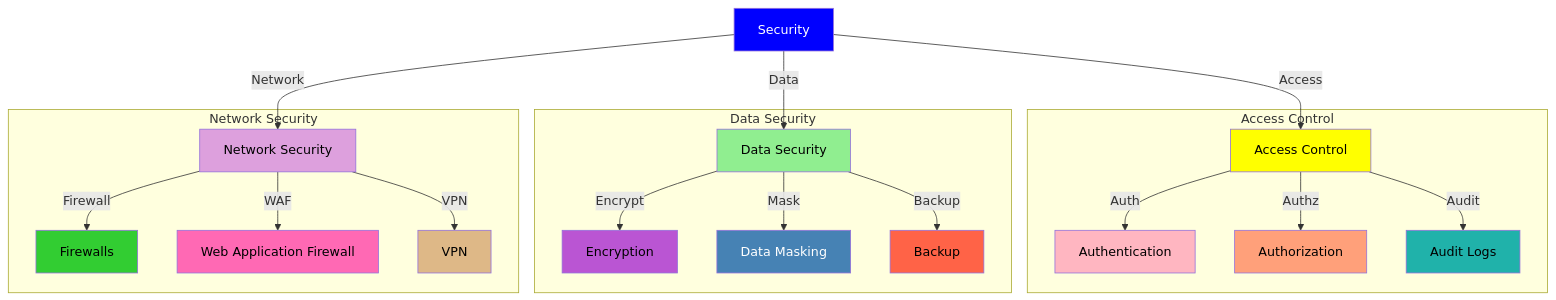
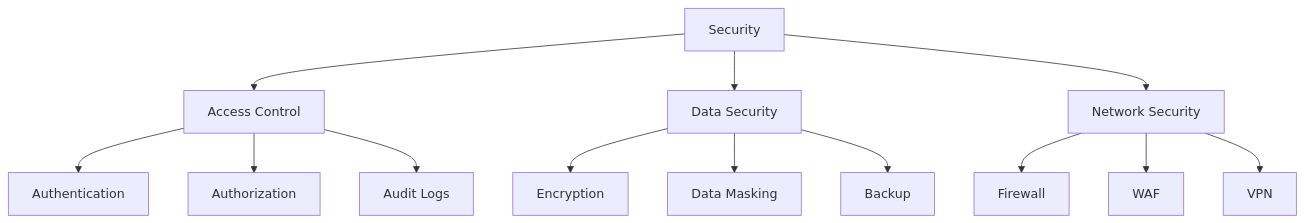
Before and after one commit to MEMEFANS/memefans: the sixth of 6 diagrams in docs/whitepaper/technical-architecture.md, drawn with Mermaid. The commit also changed other lines of this file and 1 other file, not shown here.

Commit message:
fix: optimize mermaid flowcharts format and rendering

````diff
--- a/docs/whitepaper/technical-architecture.md
+++ b/docs/whitepaper/technical-architecture.md
@@ -362,38 +187,18 @@
-<div class="mermaid">
+```mermaid
 graph TD
-    A[Security] -->|Access| B[Access Control]
-    A -->|Data| C[Data Security]
-    A -->|Network| D[Network Security]
+    A[Security] --> B[Access Control]
+    A --> C[Data Security]
+    A --> D[Network Security]
     
-    subgraph Access Control
-    B -->|Auth| E[Authentication]
-    B -->|Authz| F[Authorization]
-    B -->|Audit| G[Audit Logs]
-    end
+    B --> B1[Authentication]
+    B --> B2[Authorization]
+    B --> B3[Audit Logs]
     
-    subgraph Data Security
-    C -->|Encrypt| H[Encryption]
-    C -->|Mask| I[Data Masking]
-    C -->|Backup| J[Backup]
-    end
+    C --> C1[Encryption]
+    C --> C2[Data Masking]
+    C --> C3[Backup]
     
-    subgraph Network Security
-    D -->|Firewall| K[Firewalls]
-    D -->|WAF| L[Web Application Firewall]
-    D -->|VPN| M[VPN]
-    end
-    
-    style A fill:#0000FF,color:#FFFFFF
-    style B fill:#FFFF00,color:#000000
-    style C fill:#90EE90,color:#000000
-    style D fill:#DDA0DD,color:#000000
-    style E fill:#FFB6C1,color:#000000
-    style F fill:#FFA07A,color:#000000
-    style G fill:#20B2AA,color:#000000
-    style H fill:#BA55D3,color:#000000
-    style I fill:#4682B4,color:#FFFFFF
-    style J fill:#FF6347,color:#000000
-    style K fill:#32CD32,color:#000000
-    style L fill:#FF69B4,color:#000000
-    style M fill:#DEB887,color:#000000
-</div>
+    D --> D1[Firewall]
+    D --> D2[WAF]
+    D --> D3[VPN]
+```
````
